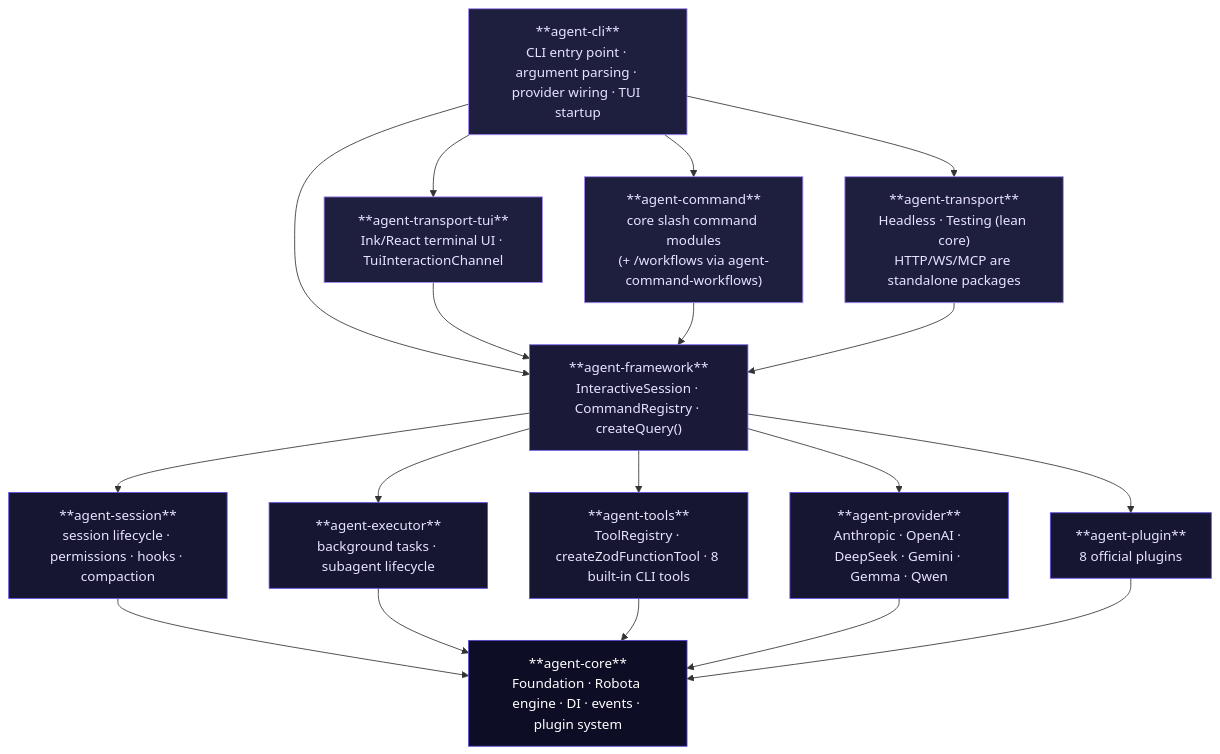
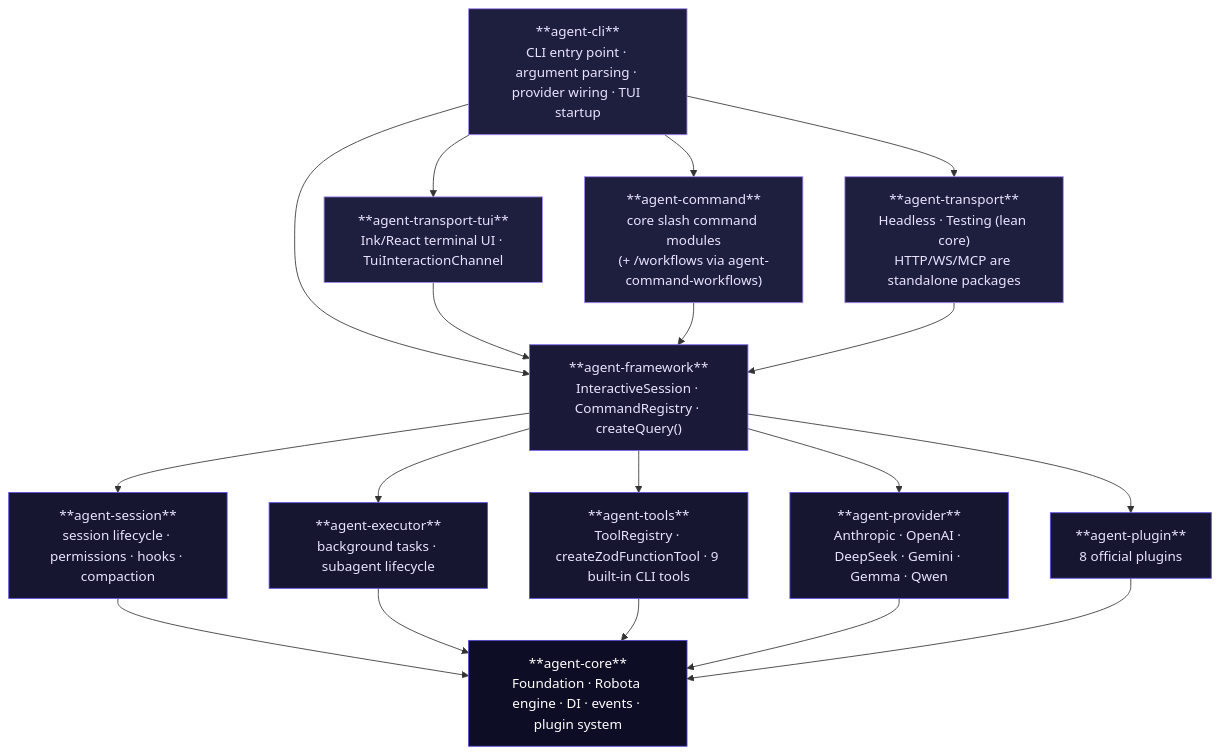
Before and after one commit to woojubb/robota: the diagram in content/guide/architecture.md, drawn with Mermaid. The commit also changed other lines of this file and 5 other files, not shown here.

````diff
--- a/content/guide/architecture.md
+++ b/content/guide/architecture.md
@@ -7,42 +7,42 @@
 ```mermaid
 flowchart TB
     CLI["**agent-cli**\nCLI entry point · argument parsing · provider wiring · TUI startup"]
     TUI["**agent-transport-tui**\nInk/React terminal UI · TuiInteractionChannel"]
     CMD["**agent-command**\ncore slash command modules\n(+ /workflows via agent-command-workflows)"]
     TRANS["**agent-transport**\nHeadless · Testing (lean core)\nHTTP/WS/MCP are standalone packages"]
     FW["**agent-framework**\nInteractiveSession · CommandRegistry · createQuery()"]
     SESS["**agent-session**\nsession lifecycle · permissions · hooks · compaction"]
     EXEC["**agent-executor**\nbackground tasks · subagent lifecycle"]
-    TOOLS["**agent-tools**\nToolRegistry · createZodFunctionTool · 8 built-in CLI tools"]
+    TOOLS["**agent-tools**\nToolRegistry · createZodFunctionTool · 9 built-in CLI tools"]
     PROV["**agent-provider**\nAnthropic · OpenAI · DeepSeek · Gemini · Gemma · Qwen"]
     PLUG["**agent-plugin**\n8 official plugins"]
     CORE["**agent-core**\nFoundation · Robota engine · DI · events · plugin system"]
 
     CLI --> FW
     CLI --> TUI
     CLI --> CMD
     CLI --> TRANS
     TUI --> FW
     CMD --> FW
     TRANS --> FW
     FW --> SESS
     FW --> EXEC
     FW --> TOOLS
     FW --> PROV
     FW --> PLUG
     SESS --> CORE
     EXEC --> CORE
     TOOLS --> CORE
     PROV --> CORE
     PLUG --> CORE
 
     classDef cli fill:#1e1e3f,stroke:#a78bfa,color:#e8e4ff
     classDef framework fill:#1a1a38,stroke:#7c6bf7,color:#e8e4ff
     classDef general fill:#161630,stroke:#5a4de6,color:#e8e4ff
     classDef core fill:#0d0d25,stroke:#4f44d0,color:#fff
 
     class CLI,TUI,CMD,TRANS cli
     class FW framework
     class SESS,EXEC,TOOLS,PROV,PLUG general
     class CORE core
 ```
````
